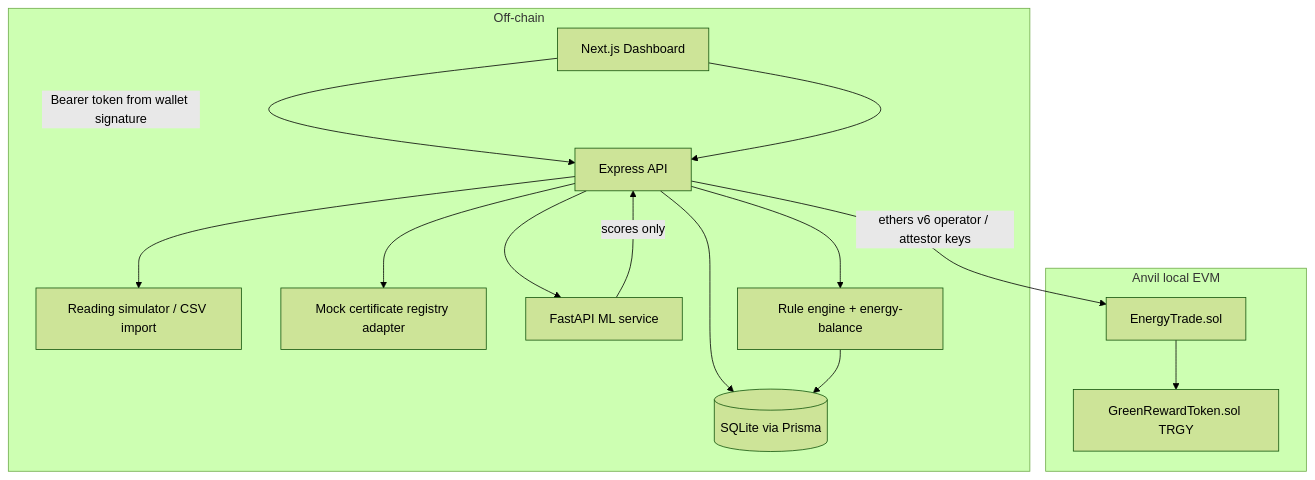
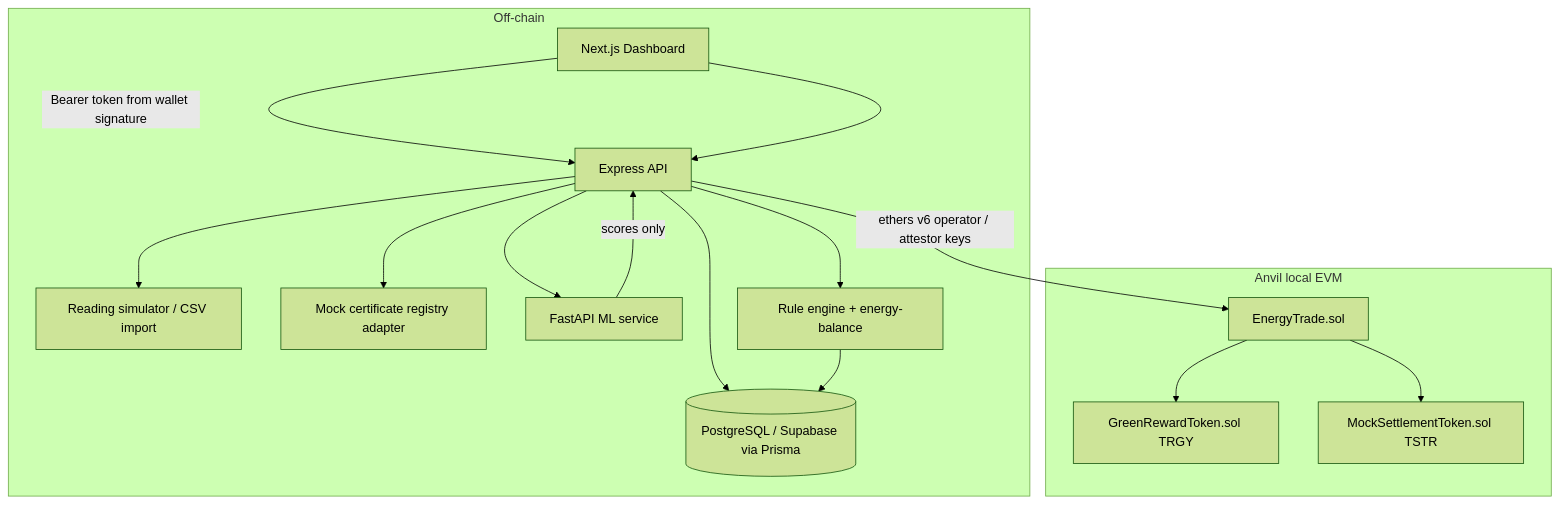
The first of 3 diagrams in docs/architecture.md (tnmykhandelwal/Tranergy-AI), drawn with Mermaid (forest theme) before and after one commit. The commit also changed other lines of this file and 29 other files, not shown here.

````diff
--- a/docs/architecture.md
+++ b/docs/architecture.md
@@ -5,18 +5,19 @@
 ```mermaid
 flowchart TD
     subgraph Off-chain
         UI[Next.js Dashboard] -->|Bearer token from wallet signature| API[Express API]
-        API --> DB[(SQLite via Prisma)]
+        API --> DB[(PostgreSQL / Supabase via Prisma)]
         API --> SIM[Reading simulator / CSV import]
         API --> REG[Mock certificate registry adapter]
         API --> ML[FastAPI ML service]
         API --> RULES[Rule engine + energy-balance]
         RULES --> DB
         ML -->|scores only| API
     end
     subgraph On-chain [Anvil local EVM]
         API -->|ethers v6 operator / attestor keys| SC[EnergyTrade.sol]
         SC --> TOK[GreenRewardToken.sol TRGY]
+        SC --> SETTLE[MockSettlementToken.sol TSTR]
     end
     UI --> API
 ```
````
